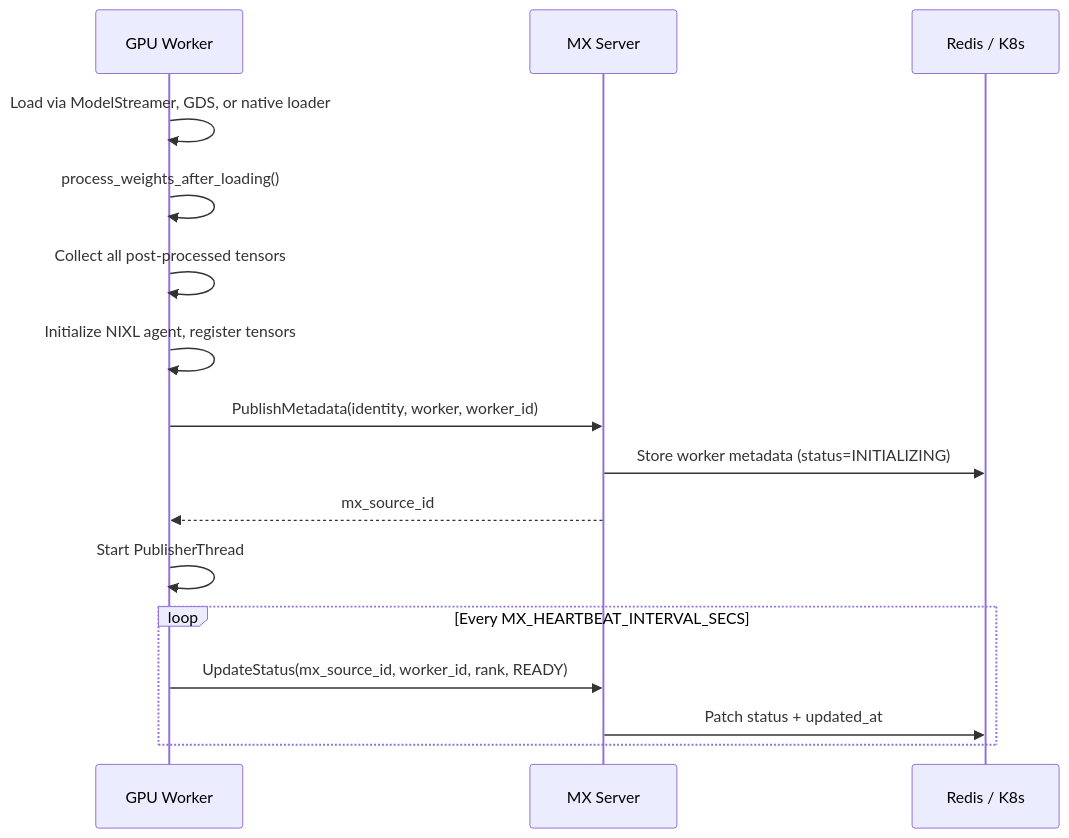
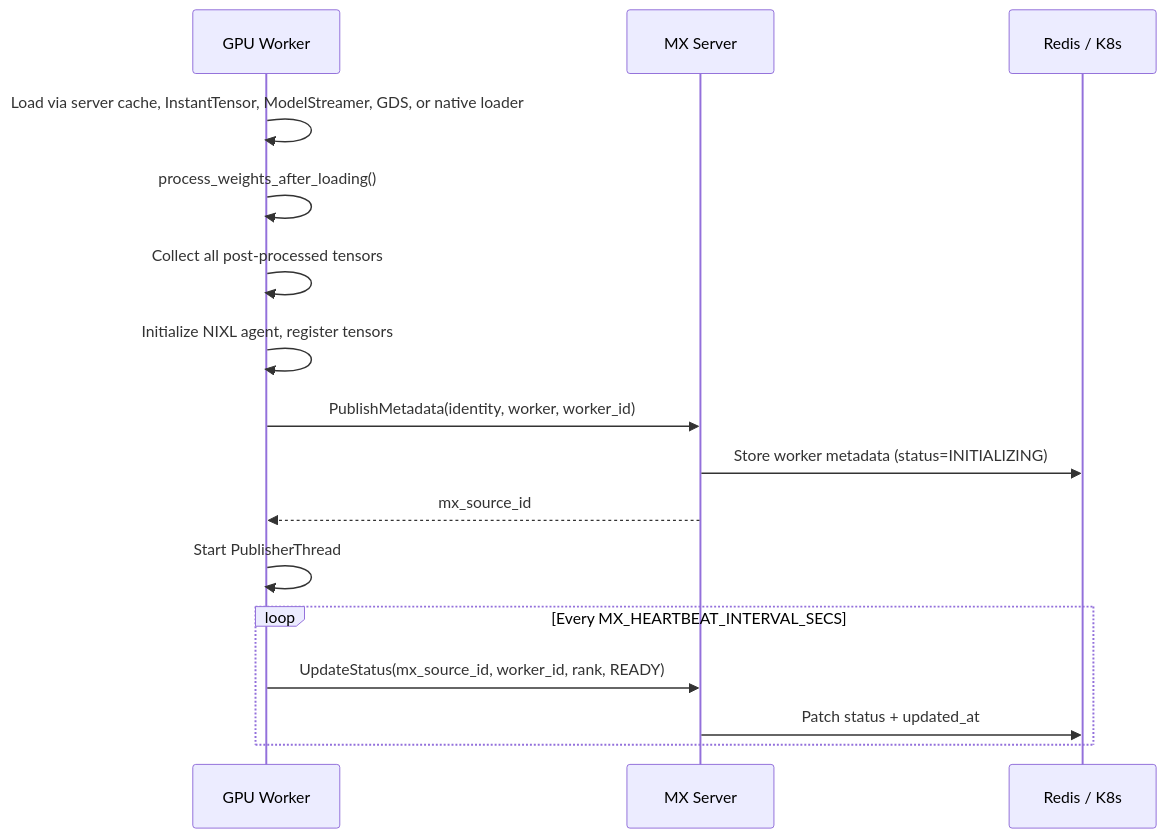
The second of 3 diagrams in docs/metadata.md (ai-dynamo/modelexpress), drawn with Mermaid before and after one commit. The commit also changed other lines of this file and 13 other files, not shown here.

````diff
--- a/docs/metadata.md
+++ b/docs/metadata.md
@@ -466,19 +466,19 @@
 ```mermaid
 sequenceDiagram
     participant W as GPU Worker
     participant MX as MX Server
     participant Backend as Redis / K8s
 
-    W->>W: Load via ModelStreamer, GDS, or native loader
+    W->>W: Load via server cache, InstantTensor, ModelStreamer, GDS, or native loader
     W->>W: process_weights_after_loading()
     W->>W: Collect all post-processed tensors
     W->>W: Initialize NIXL agent, register tensors
     W->>MX: PublishMetadata(identity, worker, worker_id)
     MX->>Backend: Store worker metadata (status=INITIALIZING)
     MX-->>W: mx_source_id
     W->>W: Start PublisherThread
     loop Every MX_HEARTBEAT_INTERVAL_SECS
         W->>MX: UpdateStatus(mx_source_id, worker_id, rank, READY)
         MX->>Backend: Patch status + updated_at
     end
 ```
````
